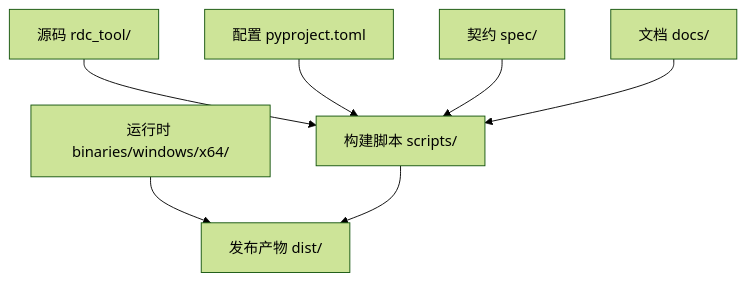
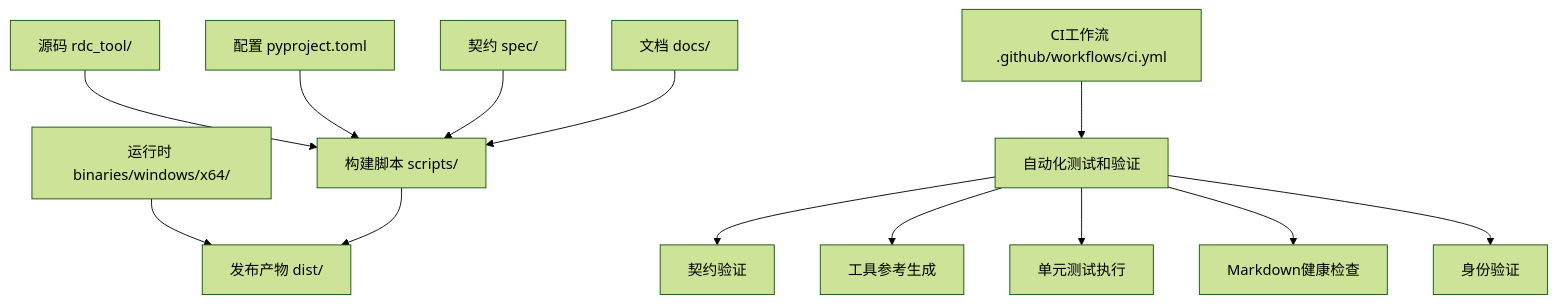
One commit to haolange/RDC-Tool changed the first of 7 diagrams in .qoder/repowiki/zh/content/开发指南/构建和发布.md. Above: the diagram before and after it, drawn with Mermaid (forest theme). The commit also changed other lines of this file and 80 other files, not shown here.

````diff
--- a/.qoder/repowiki/zh/content/开发指南/构建和发布.md
+++ b/.qoder/repowiki/zh/content/开发指南/构建和发布.md
@@ -50,9 +64,15 @@
 ```mermaid
 graph TB
 A["源码 rdc_tool/"] --> B["构建脚本 scripts/"]
 C["配置 pyproject.toml"] --> B
 D["运行时 binaries/windows/x64/"] --> E["发布产物 dist/"]
 B --> E
 F["契约 spec/"] --> B
 G["文档 docs/"] --> B
+H["CI工作流 .github/workflows/ci.yml"] --> I["自动化测试和验证"]
+I --> J["契约验证"]
+I --> K["工具参考生成"]
+I --> L["单元测试执行"]
+I --> M["Markdown健康检查"]
+I --> N["身份验证"]
 ```
````
